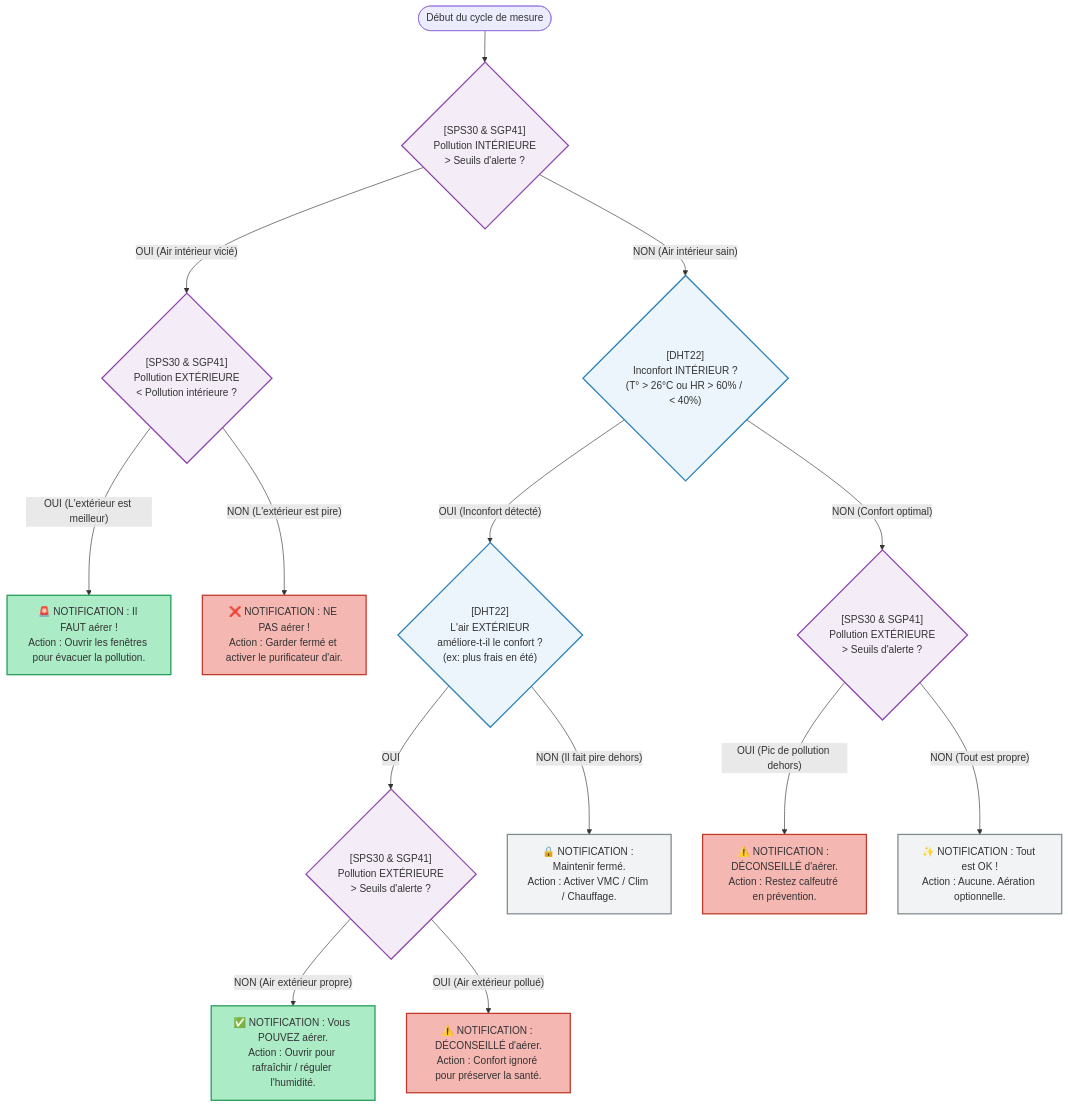
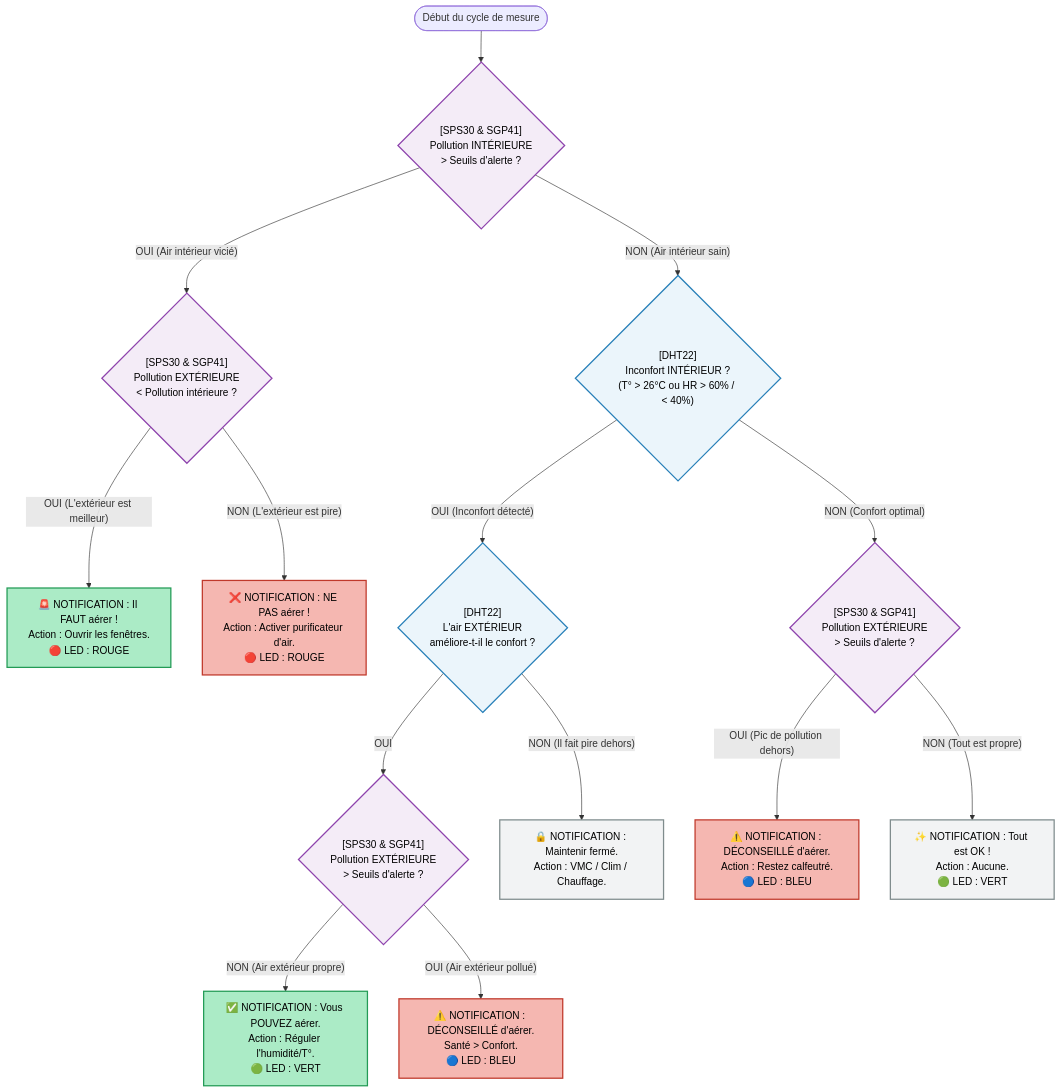
Before and after one commit to lecoac/Test-logigramme-Aircheck: the diagram in README.md, drawn with Mermaid.

````diff
--- a/README.md
+++ b/README.md
@@ -4,33 +4,33 @@
 ```mermaid
 graph TD
-    classDef sante fill:#f4ecf7,stroke:#8e44ad,stroke-width:2px;
-    classDef confort fill:#ebf5fb,stroke:#2980b9,stroke-width:2px;
-    classDef actVert fill:#abebc6,stroke:#239b56,stroke-width:2px;
-    classDef actRouge fill:#f5b7b1,stroke:#c0392b,stroke-width:2px;
-    classDef actGris fill:#f2f3f4,stroke:#7f8c8d,stroke-width:2px;
+    classDef sante fill:#f4ecf7,stroke:#8e44ad,stroke-width:2px,color:#000;
+    classDef confort fill:#ebf5fb,stroke:#2980b9,stroke-width:2px,color:#000;
+    classDef actVert fill:#abebc6,stroke:#239b56,stroke-width:2px,color:#000;
+    classDef actRouge fill:#f5b7b1,stroke:#c0392b,stroke-width:2px,color:#000;
+    classDef actGris fill:#f2f3f4,stroke:#7f8c8d,stroke-width:2px,color:#000;
 
     Start([Début du cycle de mesure]) --> Q1
 
     Q1{"[SPS30 & SGP41]<br>Pollution INTÉRIEURE<br>> Seuils d'alerte ?"}:::sante
     Q1 -- "OUI (Air intérieur vicié)" --> Q2
     Q1 -- "NON (Air intérieur sain)" --> Q3
 
     Q2{"[SPS30 & SGP41]<br>Pollution EXTÉRIEURE<br>< Pollution intérieure ?"}:::sante
-    Q2 -- "OUI (L'extérieur est meilleur)" --> A1["🚨 NOTIFICATION : Il FAUT aérer !<br>Action : Ouvrir les fenêtres pour évacuer la pollution."]:::actVert
-    Q2 -- "NON (L'extérieur est pire)" --> A2["❌ NOTIFICATION : NE PAS aérer !<br>Action : Garder fermé et activer le purificateur d'air."]:::actRouge
+    Q2 -- "OUI (L'extérieur est meilleur)" --> A1["🚨 NOTIFICATION : Il FAUT aérer !<br>Action : Ouvrir les fenêtres.<br>🔴 LED : ROUGE"]:::actVert
+    Q2 -- "NON (L'extérieur est pire)" --> A2["❌ NOTIFICATION : NE PAS aérer !<br>Action : Activer purificateur d'air.<br>🔴 LED : ROUGE"]:::actRouge
 
     Q3{"[DHT22]<br>Inconfort INTÉRIEUR ?<br>(T° > 26°C ou HR > 60% / < 40%)"}:::confort
     Q3 -- "OUI (Inconfort détecté)" --> Q4
     Q3 -- "NON (Confort optimal)" --> Q5
 
-    Q4{"[DHT22]<br>L'air EXTÉRIEUR<br>améliore-t-il le confort ?<br>(ex: plus frais en été)"}:::confort
+    Q4{"[DHT22]<br>L'air EXTÉRIEUR<br>améliore-t-il le confort ?"}:::confort
     Q4 -- "OUI" --> Q4b{"[SPS30 & SGP41]<br>Pollution EXTÉRIEURE<br>> Seuils d'alerte ?"}:::sante
-    Q4b -- "NON (Air extérieur propre)" --> A3["✅ NOTIFICATION : Vous POUVEZ aérer.<br>Action : Ouvrir pour rafraîchir / réguler l'humidité."]:::actVert
-    Q4b -- "OUI (Air extérieur pollué)" --> A4["⚠️ NOTIFICATION : DÉCONSEILLÉ d'aérer.<br>Action : Confort ignoré pour préserver la santé."]:::actRouge
+    Q4b -- "NON (Air extérieur propre)" --> A3["✅ NOTIFICATION : Vous POUVEZ aérer.<br>Action : Réguler l'humidité/T°.<br>🟢 LED : VERT"]:::actVert
+    Q4b -- "OUI (Air extérieur pollué)" --> A4["⚠️ NOTIFICATION : DÉCONSEILLÉ d'aérer.<br>Santé > Confort.<br>🔵 LED : BLEU"]:::actRouge
     
-    Q4 -- "NON (Il fait pire dehors)" --> A5["🔒 NOTIFICATION : Maintenir fermé.<br>Action : Activer VMC / Clim / Chauffage."]:::actGris
+    Q4 -- "NON (Il fait pire dehors)" --> A5["🔒 NOTIFICATION : Maintenir fermé.<br>Action : VMC / Clim / Chauffage."]:::actGris
 
     Q5{"[SPS30 & SGP41]<br>Pollution EXTÉRIEURE<br>> Seuils d'alerte ?"}:::sante
-    Q5 -- "OUI (Pic de pollution dehors)" --> A6["⚠️ NOTIFICATION : DÉCONSEILLÉ d'aérer.<br>Action : Restez calfeutré en prévention."]:::actRouge
-    Q5 -- "NON (Tout est propre)" --> A7["✨ NOTIFICATION : Tout est OK !<br>Action : Aucune. Aération optionnelle."]:::actGris
+    Q5 -- "OUI (Pic de pollution dehors)" --> A6["⚠️ NOTIFICATION : DÉCONSEILLÉ d'aérer.<br>Action : Restez calfeutré.<br>🔵 LED : BLEU"]:::actRouge
+    Q5 -- "NON (Tout est propre)" --> A7["✨ NOTIFICATION : Tout est OK !<br>Action : Aucune.<br>🟢 LED : VERT"]:::actGris
 ```
````
